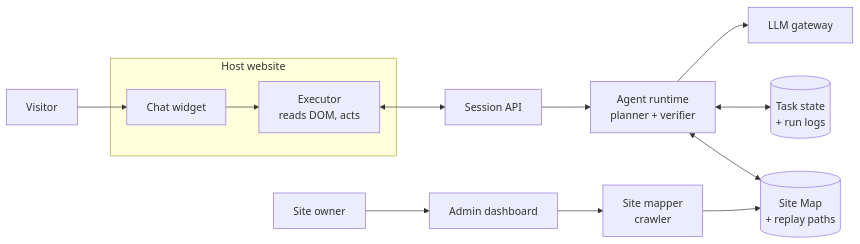
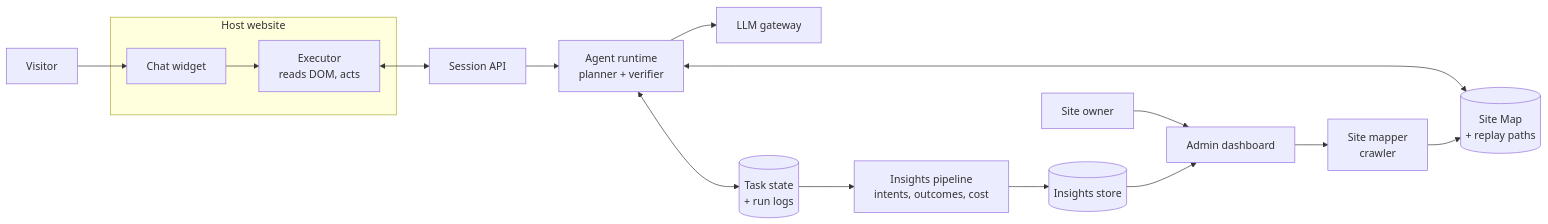
One commit to RupertCloud/SiteAI changed the first of 2 diagrams in Site Copilot — Software Requirements Specification.md. Above: the diagram before and after it, drawn with Mermaid. The commit also changed other lines of this file, not shown here.

````diff
--- a/Site Copilot — Software Requirements Specification.md
+++ b/Site Copilot — Software Requirements Specification.md
@@ -69,15 +89,18 @@
 ```mermaid
 flowchart LR
   V[Visitor] --> W[Chat widget]
   subgraph Browser[Host website]
     W --> X[Executor<br/>reads DOM, acts]
   end
   X <--> G[Session API]
   G --> A[Agent runtime<br/>planner + verifier]
   A --> L[LLM gateway]
   A <--> S[(Task state<br/>+ run logs)]
   A <--> M[(Site Map<br/>+ replay paths)]
+  S --> I[Insights pipeline<br/>intents, outcomes, cost]
+  I --> N[(Insights store)]
   O[Site owner] --> D[Admin dashboard]
+  N --> D
   D --> MP[Site mapper<br/>crawler]
   MP --> M
 ```
````
